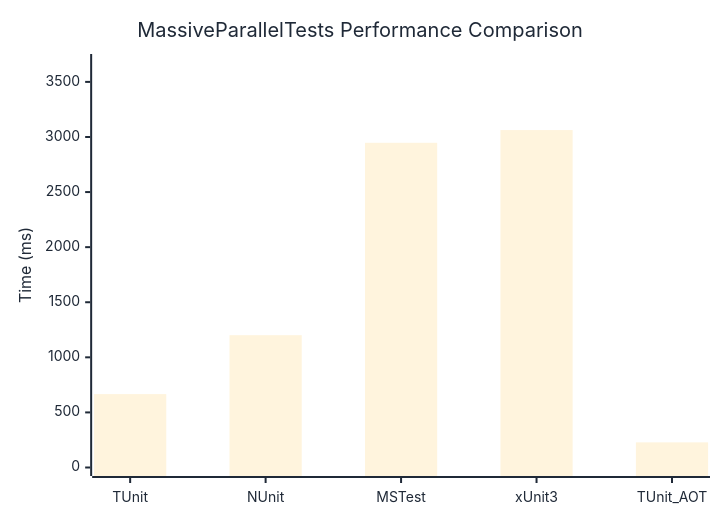
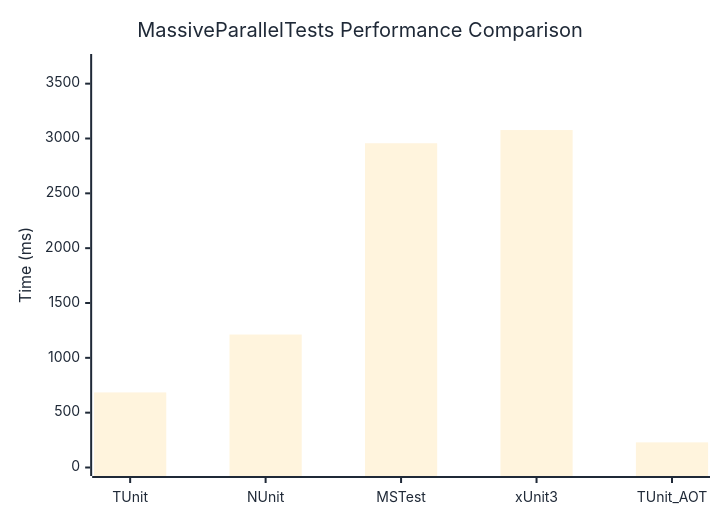
Before and after one commit to weiyilai/TUnit: the diagram in docs/docs/benchmarks/MassiveParallelTests.md, drawn with Mermaid. The commit also changed other lines of this file and 17 other files, not shown here.

````diff
--- a/docs/docs/benchmarks/MassiveParallelTests.md
+++ b/docs/docs/benchmarks/MassiveParallelTests.md
@@ -27,37 +27,37 @@
 ```mermaid
 %%{init: {
   'theme':'base',
   'themeVariables': {
     'primaryColor': '#2563eb',
     'primaryTextColor': '#1f2937',
     'primaryBorderColor': '#1e40af',
     'lineColor': '#6b7280',
     'secondaryColor': '#7c3aed',
     'tertiaryColor': '#dc2626',
     'background': '#ffffff',
     'mainBkg': '#2563eb',
     'secondBkg': '#7c3aed',
     'tertiaryBkg': '#dc2626',
     'clusterBkg': '#f3f4f6',
     'edgeLabelBackground': '#ffffff',
     'tertiaryTextColor': '#1f2937',
     'pie1': '#2563eb',
     'pie2': '#7c3aed',
     'pie3': '#dc2626',
     'pie4': '#f59e0b',
     'pie5': '#10b981',
     'pie6': '#06b6d4',
     'pie7': '#ec4899',
     'pie8': '#6366f1',
     'pie9': '#84cc16',
     'pie10': '#f97316',
     'pie11': '#14b8a6',
     'pie12': '#a855f7'
   }
 }}%%
 xychart-beta
   title "MassiveParallelTests Performance Comparison"
   x-axis ["TUnit", "NUnit", "MSTest", "xUnit3", "TUnit_AOT"]
-  y-axis "Time (ms)" 0 --> 3676
-  bar [666.3, 1201, 2947.2, 3062.7, 228.1]
+  y-axis "Time (ms)" 0 --> 3693
+  bar [684.7, 1212.5, 2956.8, 3077.1, 229.3]
 ```
````
